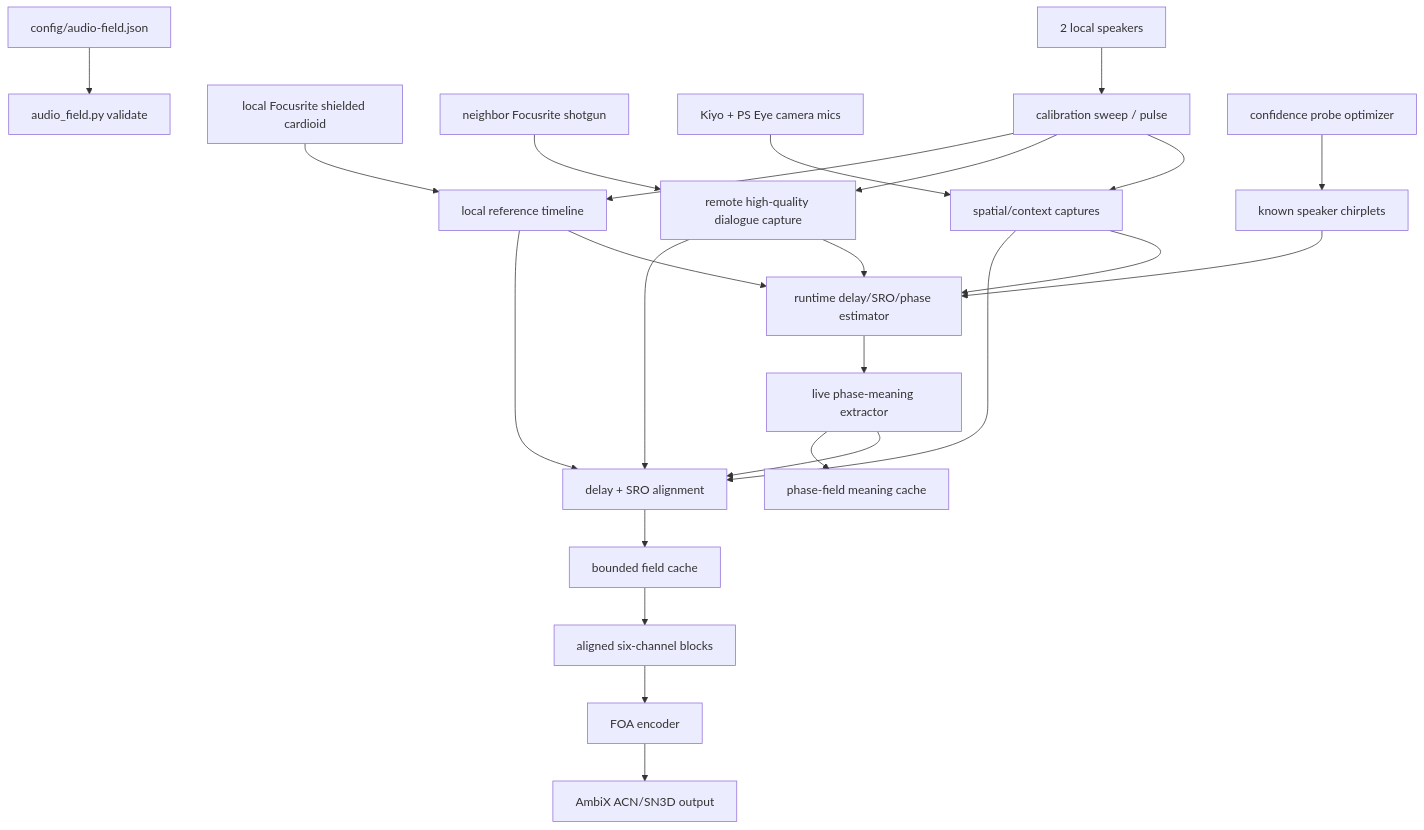
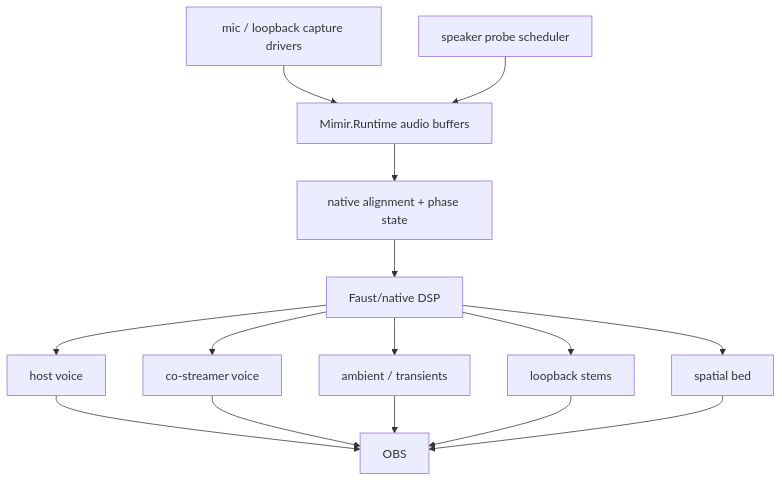
Before and after one commit to GameCult/Mimir: the diagram in docs/audio-field.md, drawn with Mermaid. The commit also changed other lines of this file and 190 other files, not shown here.

````diff
--- a/docs/audio-field.md
+++ b/docs/audio-field.md
@@ -26,26 +8,17 @@
 ```mermaid
 flowchart TD
-    A["config/audio-field.json"] --> B["audio_field.py validate"]
-    C["local Focusrite shielded cardioid"] --> D["local reference timeline"]
-    E["neighbor Focusrite shotgun"] --> F["remote high-quality dialogue capture"]
-    G["Kiyo + PS Eye camera mics"] --> H["spatial/context captures"]
-    I["2 local speakers"] --> J["calibration sweep / pulse"]
-    J --> D
-    J --> F
-    J --> H
-    D --> K["delay + SRO alignment"]
-    F --> K
+    A["mic / loopback capture drivers"] --> B["Mimir.Runtime audio buffers"]
+    C["speaker probe scheduler"] --> B
+    B --> D["native alignment + phase state"]
+    D --> E["Faust/native DSP"]
+    E --> F["host voice"]
+    E --> G["co-streamer voice"]
+    E --> H["ambient / transients"]
+    E --> I["loopback stems"]
+    E --> J["spatial bed"]
+    F --> K["OBS"]
+    G --> K
     H --> K
-    K --> L["bounded field cache"]
-    P["known speaker chirplets"] --> Q["runtime delay/SRO/phase estimator"]
-    R["confidence probe optimizer"] --> P
-    D --> Q
-    F --> Q
-    H --> Q
-    Q --> S["live phase-meaning extractor"]
-    S --> T["phase-field meaning cache"]
-    S --> K
-    L --> M["aligned six-channel blocks"]
-    M --> N["FOA encoder"]
-    N --> O["AmbiX ACN/SN3D output"]
+    I --> K
+    J --> K
 ```
````
